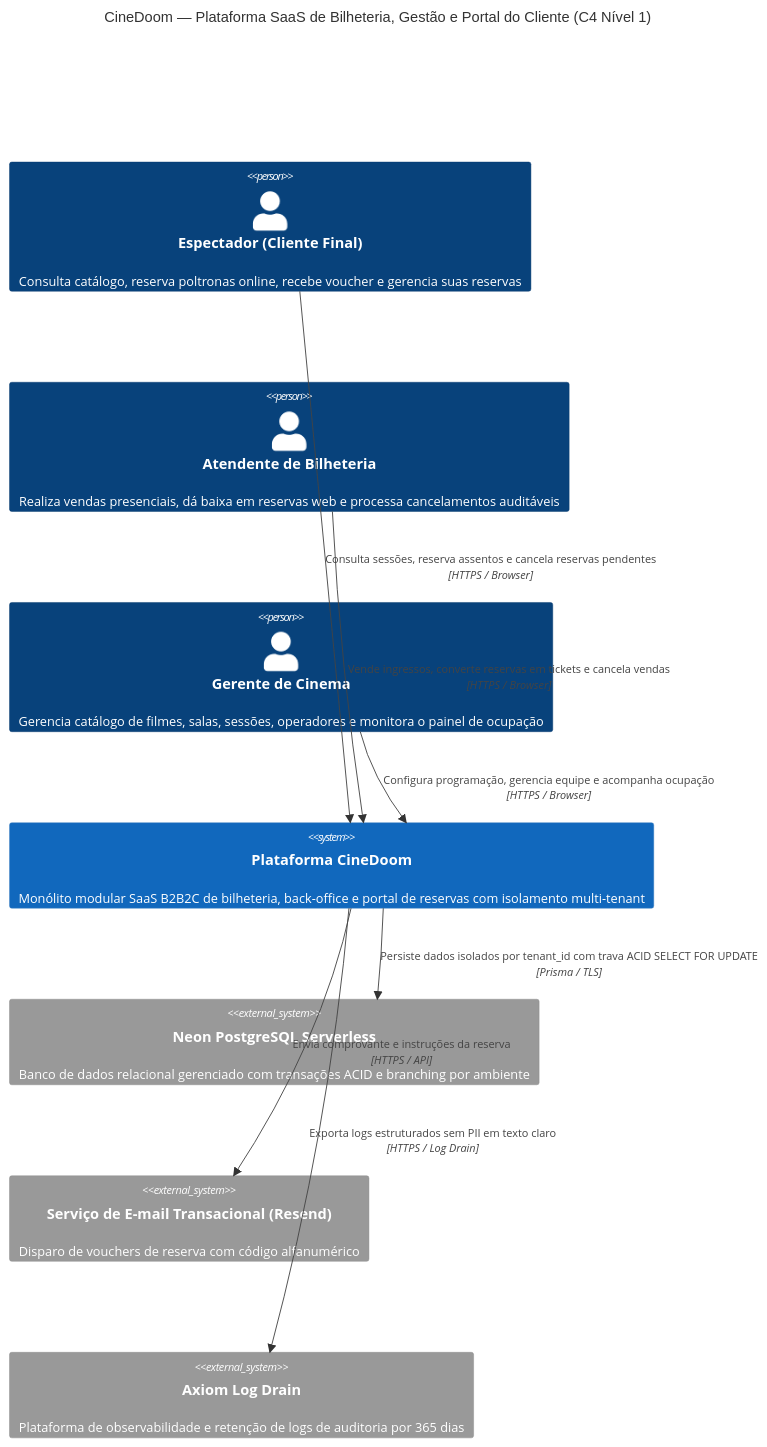
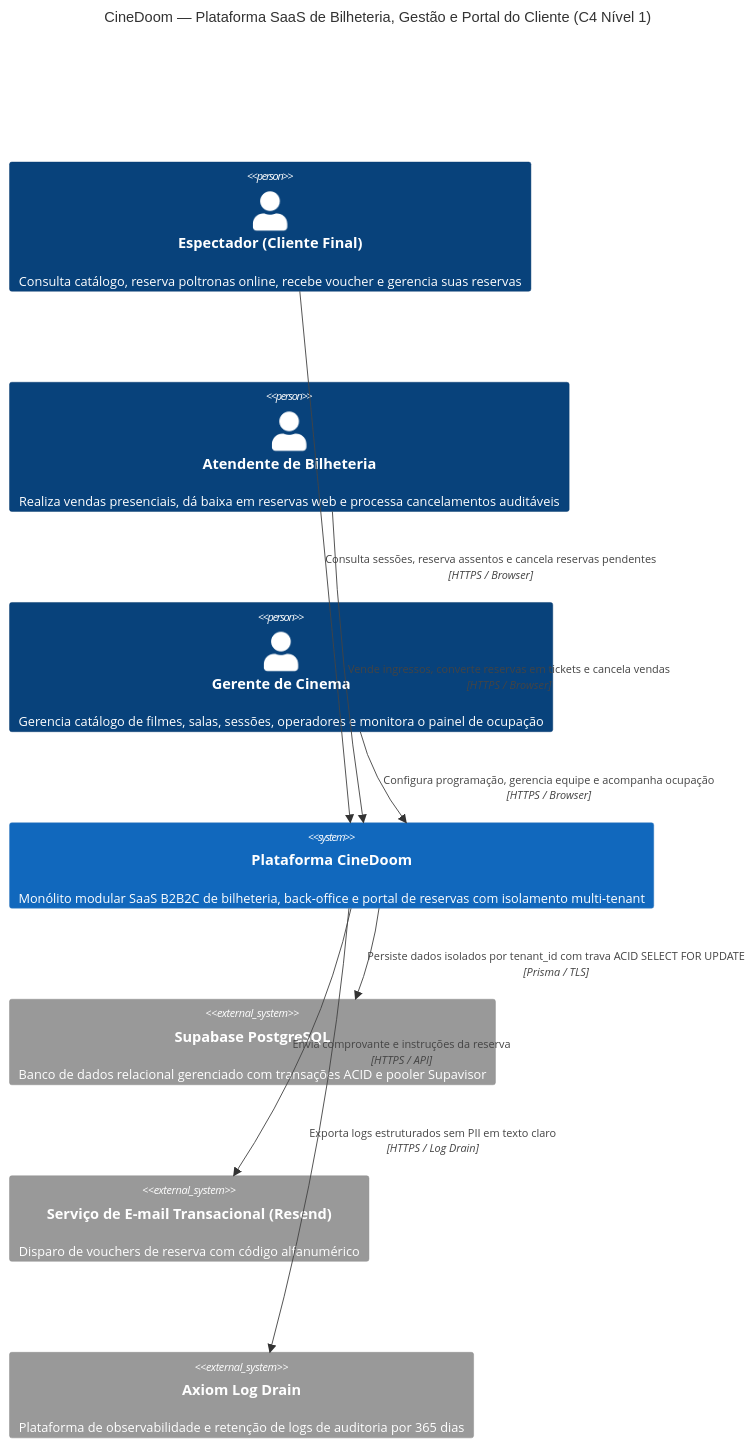
The first of 2 diagrams in specs/architecture/solution-architecture.md (CINESOFT-SOLUTIONS/manual-processos-software), drawn with Mermaid before and after one commit. The commit also changed other lines of this file and 14 other files, not shown here.

Commit message:
docs(specs): alinhar banco de producao para Supabase e atualizar contagem de testes para 770

````diff
--- a/specs/architecture/solution-architecture.md
+++ b/specs/architecture/solution-architecture.md
@@ -122,17 +122,17 @@
 ```mermaid
 C4Context
   title CineDoom — Plataforma SaaS de Bilheteria, Gestão e Portal do Cliente (C4 Nível 1)
   Person(espectador, "Espectador (Cliente Final)", "Consulta catálogo, reserva poltronas online, recebe voucher e gerencia suas reservas")
   Person(atendente, "Atendente de Bilheteria", "Realiza vendas presenciais, dá baixa em reservas web e processa cancelamentos auditáveis")
   Person(gerente, "Gerente de Cinema", "Gerencia catálogo de filmes, salas, sessões, operadores e monitora o painel de ocupação")
   System(cinedoom, "Plataforma CineDoom", "Monólito modular SaaS B2B2C de bilheteria, back-office e portal de reservas com isolamento multi-tenant")
-  System_Ext(neon, "Neon PostgreSQL Serverless", "Banco de dados relacional gerenciado com transações ACID e branching por ambiente")
+  System_Ext(db, "Supabase PostgreSQL", "Banco de dados relacional gerenciado com transações ACID e pooler Supavisor")
   System_Ext(email, "Serviço de E-mail Transacional (Resend)", "Disparo de vouchers de reserva com código alfanumérico")
   System_Ext(axiom, "Axiom Log Drain", "Plataforma de observabilidade e retenção de logs de auditoria por 365 dias")
   Rel(espectador, cinedoom, "Consulta sessões, reserva assentos e cancela reservas pendentes", "HTTPS / Browser")
   Rel(atendente, cinedoom, "Vende ingressos, converte reservas em tickets e cancela vendas", "HTTPS / Browser")
   Rel(gerente, cinedoom, "Configura programação, gerencia equipe e acompanha ocupação", "HTTPS / Browser")
-  Rel(cinedoom, neon, "Persiste dados isolados por tenant_id com trava ACID SELECT FOR UPDATE", "Prisma / TLS")
+  Rel(cinedoom, db, "Persiste dados isolados por tenant_id com trava ACID SELECT FOR UPDATE", "Prisma / TLS")
   Rel(cinedoom, email, "Envia comprovante e instruções da reserva", "HTTPS / API")
   Rel(cinedoom, axiom, "Exporta logs estruturados sem PII em texto claro", "HTTPS / Log Drain")
 ```
````
